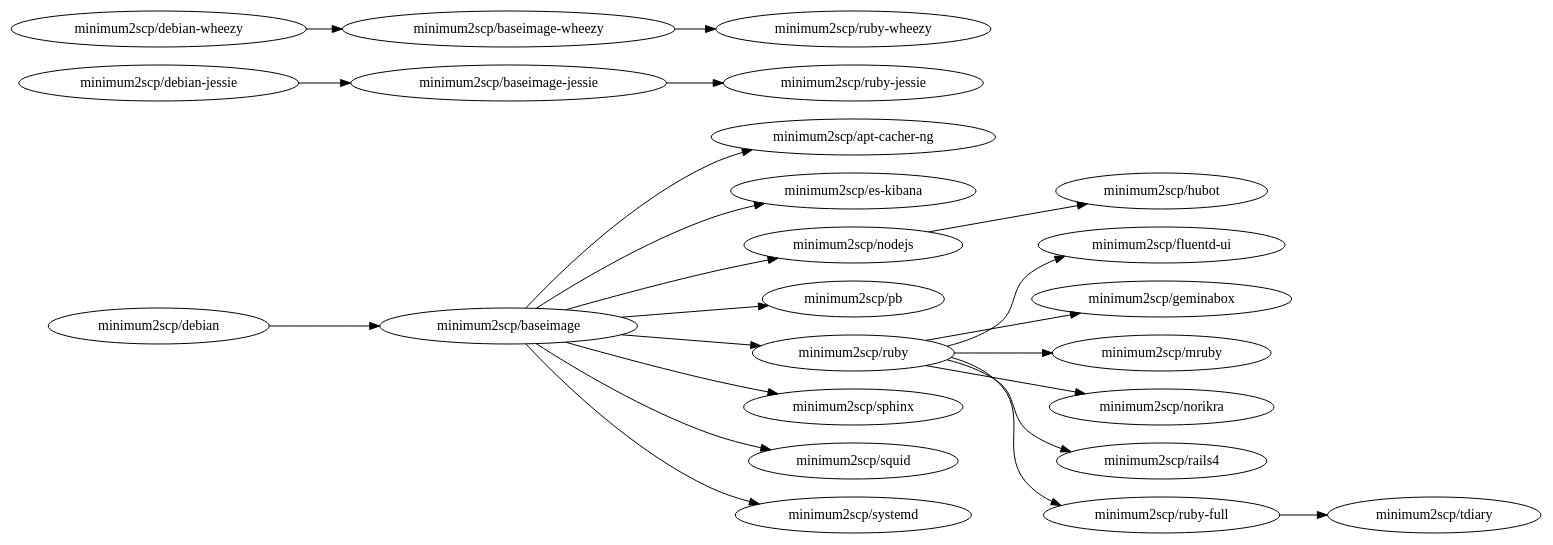
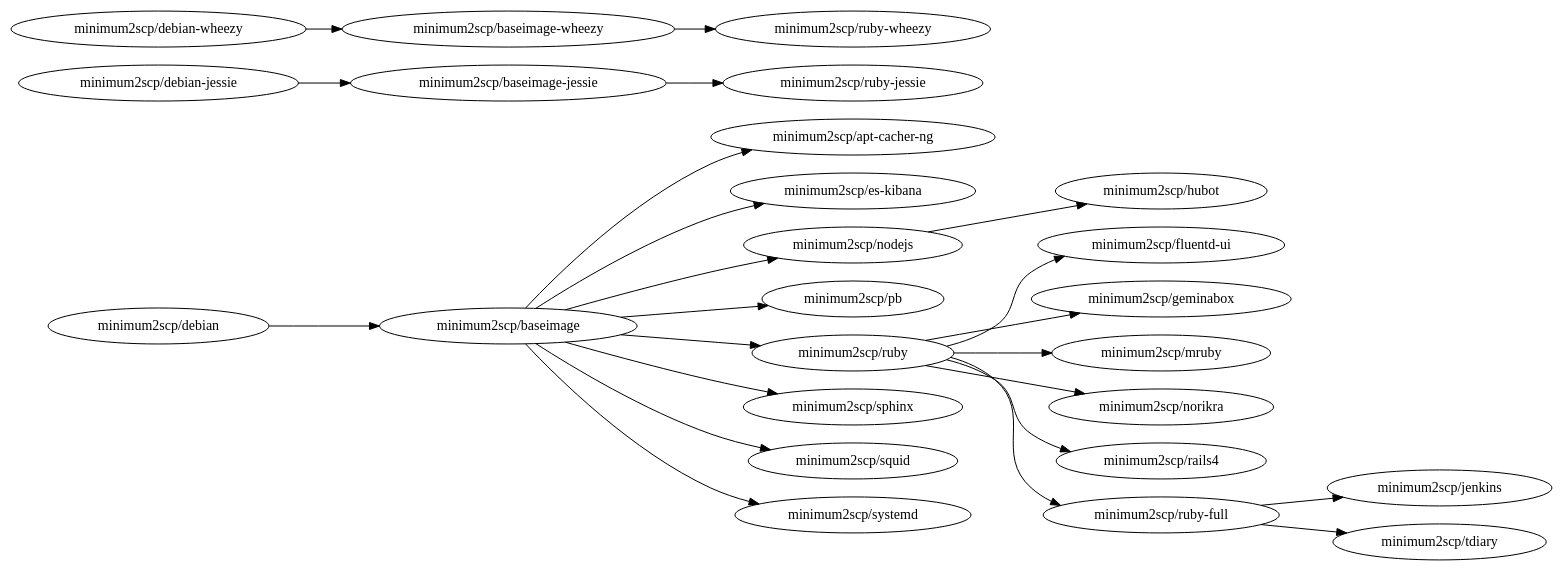
The diagram in deps.dot (minimum2scp/dockerfiles), drawn with Graphviz before and after one commit. The commit also changed 6 other files, not shown here.

```diff
--- a/deps.dot
+++ b/deps.dot
@@ -1,42 +1,43 @@
 digraph deps {
   graph        [rankdir = "LR"];
   ratio = auto;
 
 
   acng              [label = "minimum2scp/apt-cacher-ng"];
   baseimage         [label = "minimum2scp/baseimage"];
   baseimage_jessie  [label = "minimum2scp/baseimage-jessie"];
   baseimage_wheezy  [label = "minimum2scp/baseimage-wheezy"];
   debian            [label = "minimum2scp/debian"];
   debian_jessie     [label = "minimum2scp/debian-jessie"];
   debian_wheezy     [label = "minimum2scp/debian-wheezy"];
   es_kibana         [label = "minimum2scp/es-kibana"];
   fluentd_ui        [label = "minimum2scp/fluentd-ui"];
   geminabox         [label = "minimum2scp/geminabox"];
   hubot             [label = "minimum2scp/hubot"];
+  jenkins           [label = "minimum2scp/jenkins"];
   mruby             [label = "minimum2scp/mruby"];
   nodejs            [label = "minimum2scp/nodejs"];
   norikra           [label = "minimum2scp/norikra"];
   pb                [label = "minimum2scp/pb"];
   rails4            [label = "minimum2scp/rails4"];
   ruby              [label = "minimum2scp/ruby"];
   ruby_full         [label = "minimum2scp/ruby-full"];
   ruby_jessie       [label = "minimum2scp/ruby-jessie"];
   ruby_wheezy       [label = "minimum2scp/ruby-wheezy"];
   sphinx            [label = "minimum2scp/sphinx"];
   squid             [label = "minimum2scp/squid"];
   systemd           [label = "minimum2scp/systemd"];
   tdiary            [label = "minimum2scp/tdiary"];
 
   debian    -> baseimage;
   baseimage -> {acng, es_kibana, nodejs, pb, ruby, sphinx, squid, systemd};
   ruby      -> {fluentd_ui, geminabox, mruby, norikra, rails4, ruby_full};
-  ruby_full -> {tdiary};
+  ruby_full -> {jenkins, tdiary};
   nodejs    -> {hubot};
 
   debian_jessie    -> baseimage_jessie;
   baseimage_jessie -> ruby_jessie;
 
   debian_wheezy    -> baseimage_wheezy;
   baseimage_wheezy -> ruby_wheezy;
 }
```
